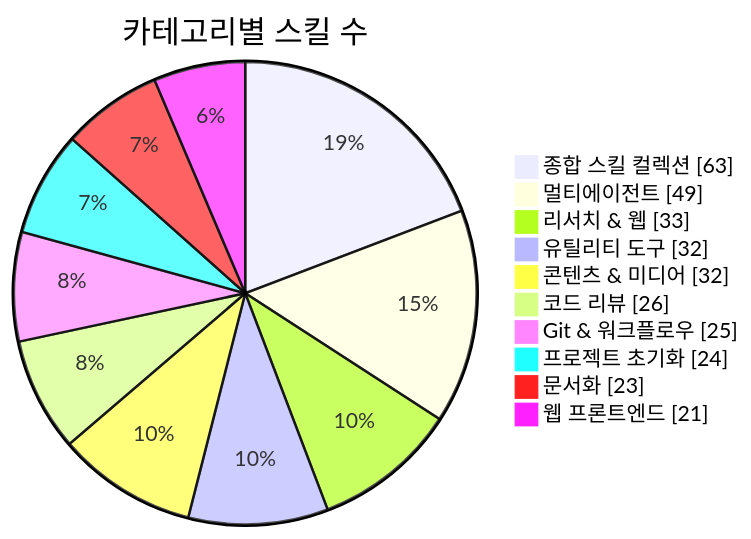
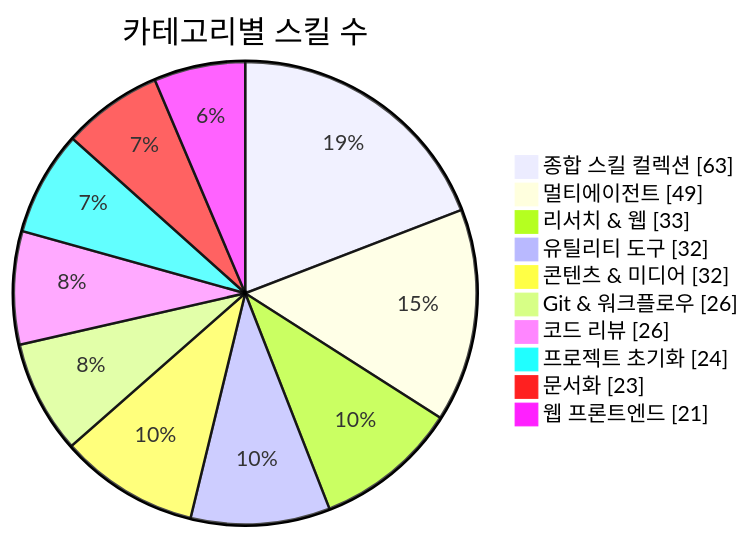
Before and after one commit to J-nowcow/awesome-korean-agent-skills: the first of 3 diagrams in README.md, drawn with Mermaid. The commit also changed other lines of this file and 4 other files, not shown here.

````diff
--- a/README.md
+++ b/README.md
@@ -176,14 +176,14 @@
 ```mermaid
 pie showData
     title 카테고리별 스킬 수
     "종합 스킬 컬렉션" : 63
     "멀티에이전트" : 49
     "리서치 & 웹" : 33
     "유틸리티 도구" : 32
     "콘텐츠 & 미디어" : 32
+    "Git & 워크플로우" : 26
     "코드 리뷰" : 26
-    "Git & 워크플로우" : 25
     "프로젝트 초기화" : 24
     "문서화" : 23
     "웹 프론트엔드" : 21
 ```
````
